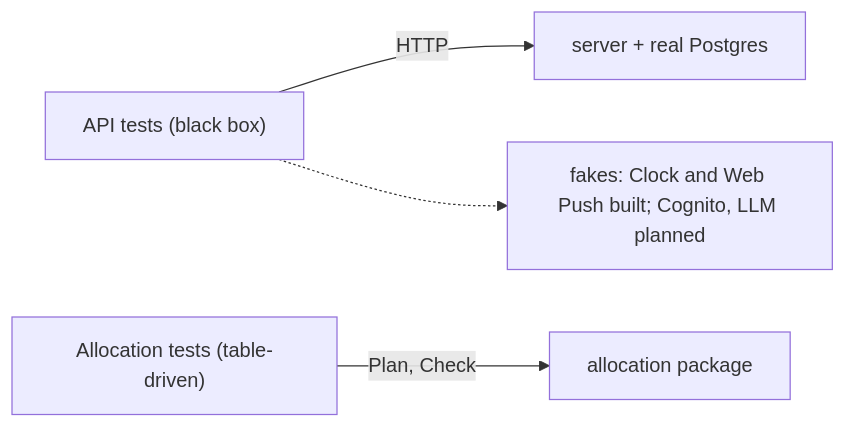
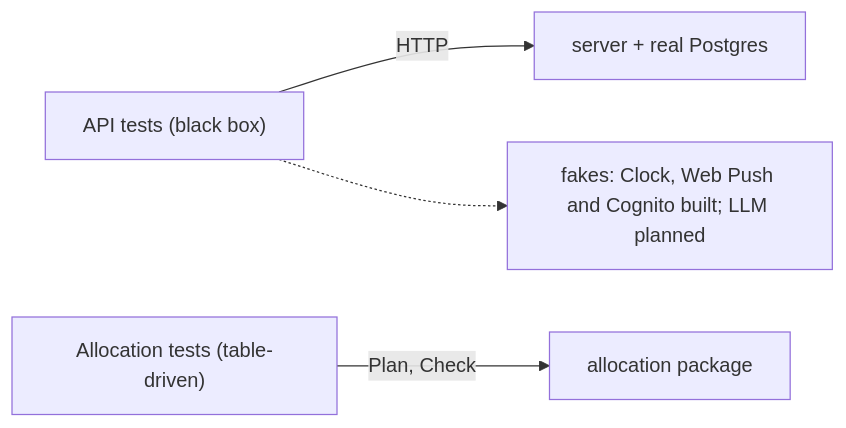
One commit to AbnerWillclefy/Homeowner changed the third of 3 diagrams in docs/architecture/backend.md. Above: the diagram before and after it, drawn with Mermaid. The commit also changed other lines of this file and 3 other files, not shown here.

Commit message:
docs(architecture): describe sign-in, the users table and the auth module

````diff
--- a/docs/architecture/backend.md
+++ b/docs/architecture/backend.md
@@ -95,6 +107,6 @@
 ```mermaid
 flowchart LR
     T1["API tests (black box)"] -->|HTTP| S["server + real Postgres"]
-    T1 -.-> F["fakes: Clock and Web Push built; Cognito, LLM planned"]
+    T1 -.-> F["fakes: Clock, Web Push and Cognito built; LLM planned"]
     T2["Allocation tests (table-driven)"] -->|Plan, Check| A["allocation package"]
 ```
````
